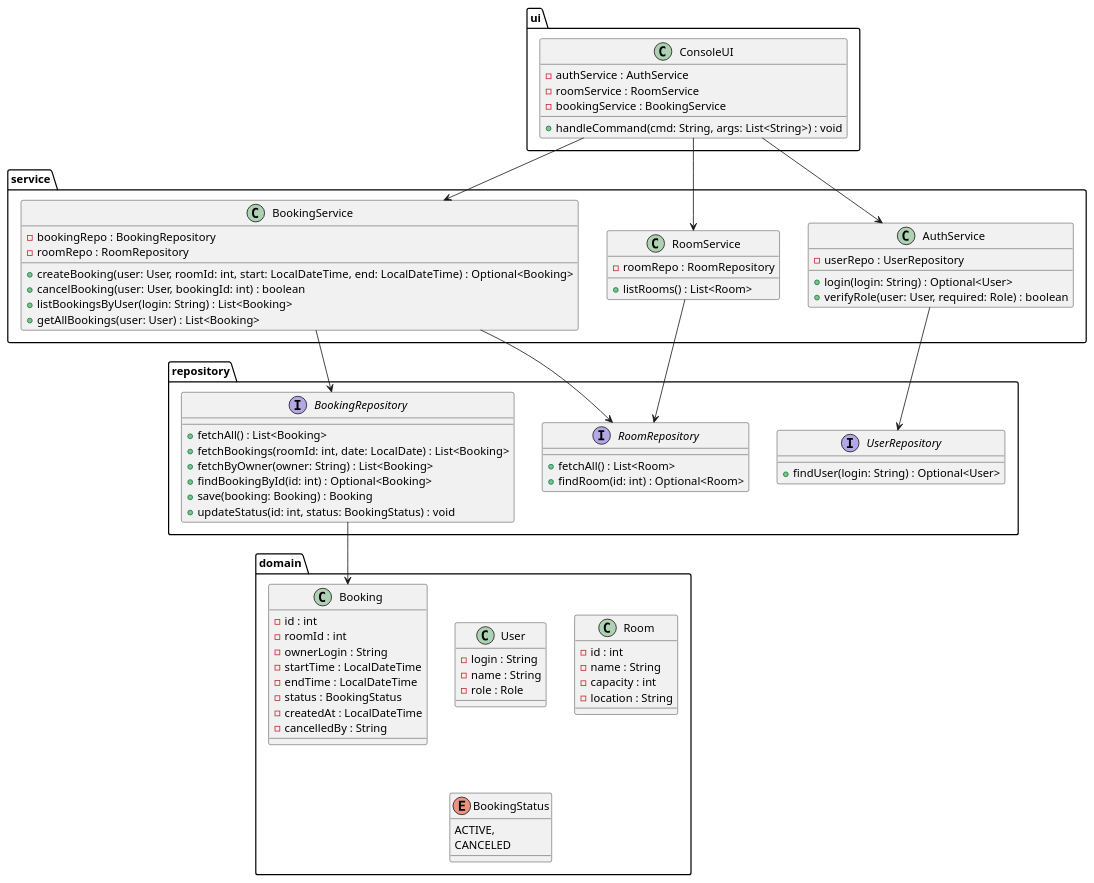
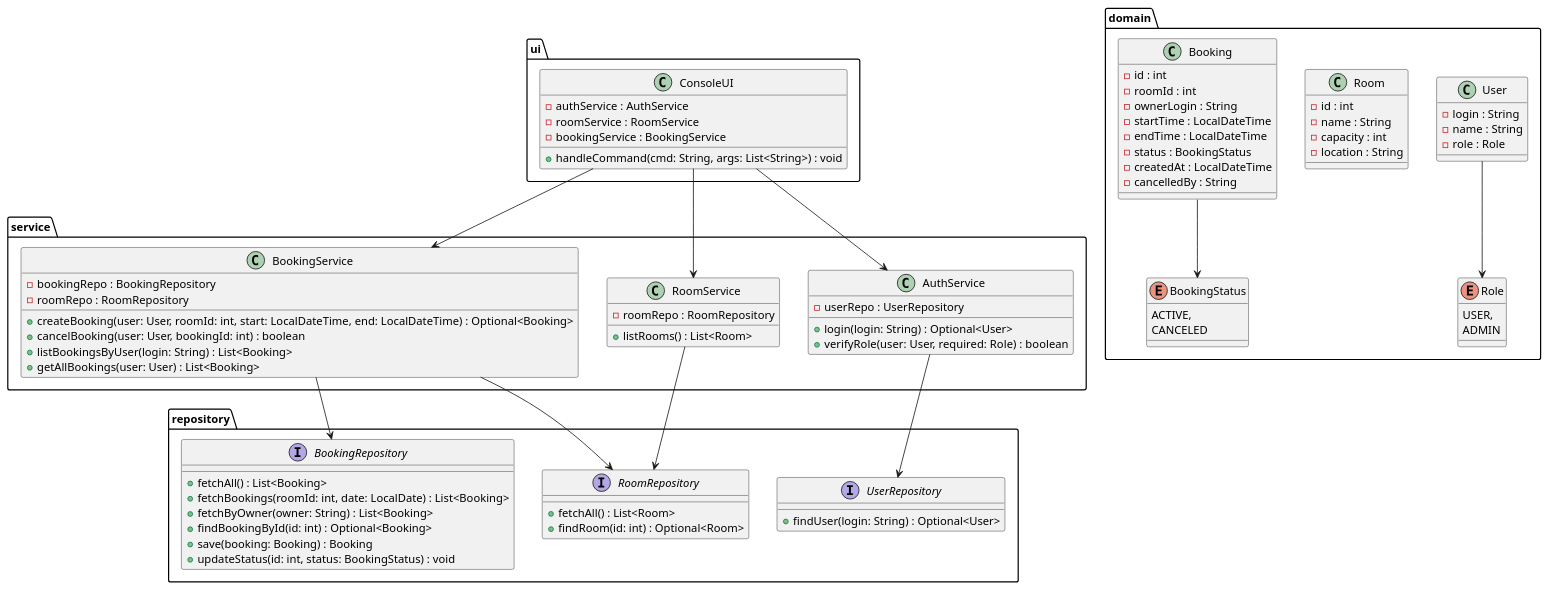
Diagram 17 of 17 in MkDown.md (Pr0meTheuSS/oooad), drawn with PlantUML before and after one commit. The commit also changed other lines of this file and 2 other files, not shown here.

Commit message:
Fix class diagramm

````diff
--- a/MkDown.md
+++ b/MkDown.md
@@ -679,6 +678,11 @@
     - createdAt : LocalDateTime
     - cancelledBy : String
   }
+  enum Role {
+		USER,
+		ADMIN
+	}
+
   enum BookingStatus {
 		ACTIVE,
 		CANCELED
@@ -692,6 +696,7 @@
 RoomService --> RoomRepository
 BookingService --> BookingRepository
 BookingService --> RoomRepository
-BookingRepository --> Booking
+Booking --> BookingStatus
+User --> Role
 @enduml
 ```
````
